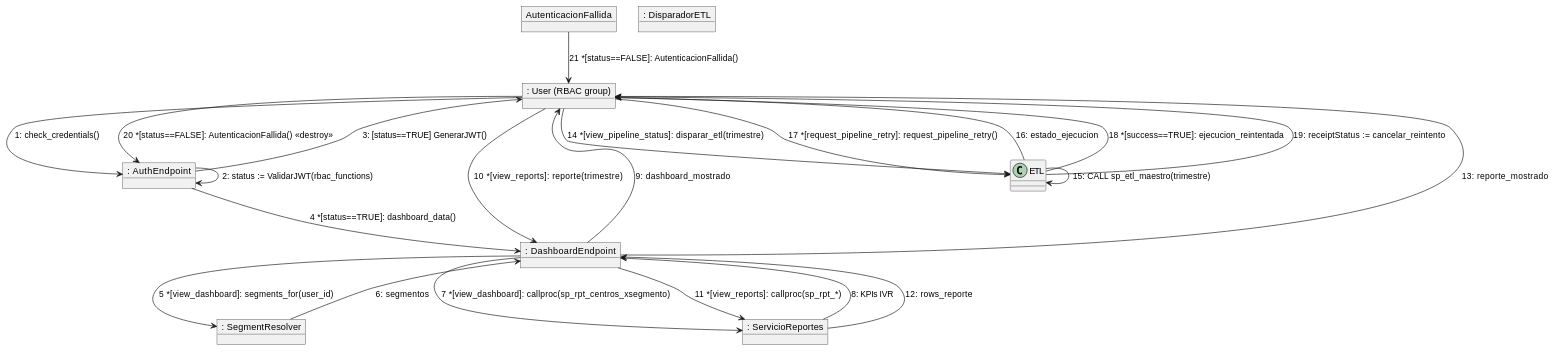
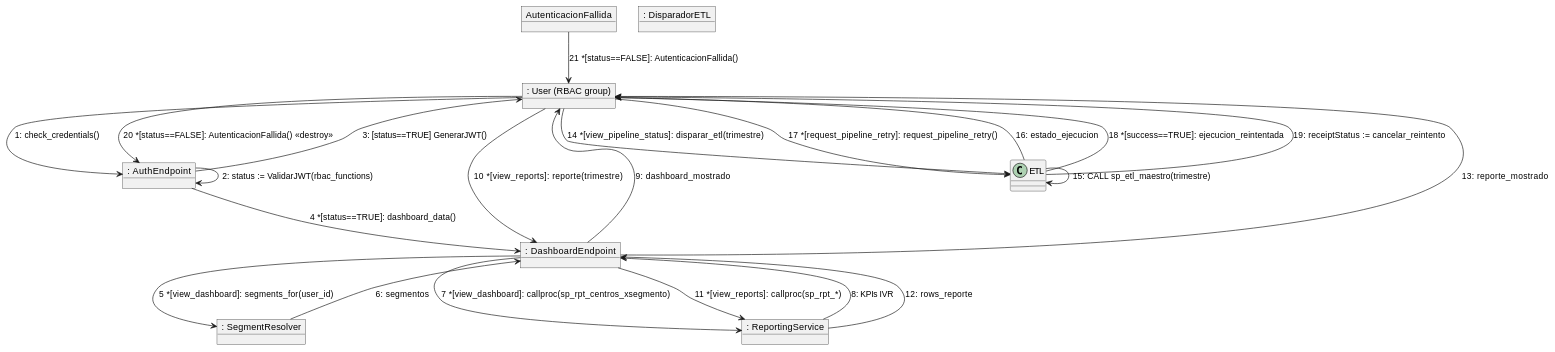
The diagram in source/arquitectura-tecnica/system-view/comunicacion-sistema-iact.rst (jcg-admin/IACT-docs), drawn with PlantUML before and after one commit. The commit also changed 79 other files, not shown here.

```diff
--- a/source/arquitectura-tecnica/system-view/comunicacion-sistema-iact.rst
+++ b/source/arquitectura-tecnica/system-view/comunicacion-sistema-iact.rst
@@ -27,36 +27,36 @@
 .. uml::
  :caption: Figura 10 — Diagrama de comunicacion del Sistema IACT
 
  @startuml
 
  object ": User (RBAC group)" as UserRBAC
  object ": AuthEndpoint" as AuthEndpoint
  object ": DashboardEndpoint" as DashboardEndpoint
  object ": SegmentResolver" as SegmentResolver
- object ": ServicioReportes" as ServicioReportes
+ object ": ReportingService" as ReportingService
  object ": DisparadorETL" as ProcesoETL
  object "AutenticacionFallida" as AutenticacionFallida
 
  UserRBAC --> AuthEndpoint : 1: check_credentials()
  AuthEndpoint --> AuthEndpoint : 2: status := ValidarJWT(rbac_functions)
  AuthEndpoint --> UserRBAC : 3: [status==TRUE] GenerarJWT()
  AuthEndpoint --> DashboardEndpoint : 4 *[status==TRUE]: dashboard_data()
  DashboardEndpoint --> SegmentResolver : 5 *[view_dashboard]: segments_for(user_id)
  SegmentResolver --> DashboardEndpoint : 6: segmentos
- DashboardEndpoint --> ServicioReportes : 7 *[view_dashboard]: callproc(sp_rpt_centros_xsegmento)
- ServicioReportes --> DashboardEndpoint : 8: KPIs IVR
+ DashboardEndpoint --> ReportingService : 7 *[view_dashboard]: callproc(sp_rpt_centros_xsegmento)
+ ReportingService --> DashboardEndpoint : 8: KPIs IVR
  DashboardEndpoint --> UserRBAC : 9: dashboard_mostrado
  UserRBAC --> DashboardEndpoint : 10 *[view_reports]: reporte(trimestre)
- DashboardEndpoint --> ServicioReportes : 11 *[view_reports]: callproc(sp_rpt_*)
- ServicioReportes --> DashboardEndpoint : 12: rows_reporte
+ DashboardEndpoint --> ReportingService : 11 *[view_reports]: callproc(sp_rpt_*)
+ ReportingService --> DashboardEndpoint : 12: rows_reporte
  DashboardEndpoint --> UserRBAC : 13: reporte_mostrado
  UserRBAC --> ETL : 14 *[view_pipeline_status]: disparar_etl(trimestre)
  ETL --> ETL : 15: CALL sp_etl_maestro(trimestre)
  ETL --> UserRBAC : 16: estado_ejecucion
  UserRBAC --> ETL : 17 *[request_pipeline_retry]: request_pipeline_retry()
  ETL --> UserRBAC : 18 *[success==TRUE]: ejecucion_reintentada
  ETL --> UserRBAC : 19: receiptStatus := cancelar_reintento
  UserRBAC --> AuthEndpoint : 20 *[status==FALSE]: AutenticacionFallida() <<destroy>>
  AutenticacionFallida --> UserRBAC : 21 *[status==FALSE]: AutenticacionFallida()
 
  @enduml
```
